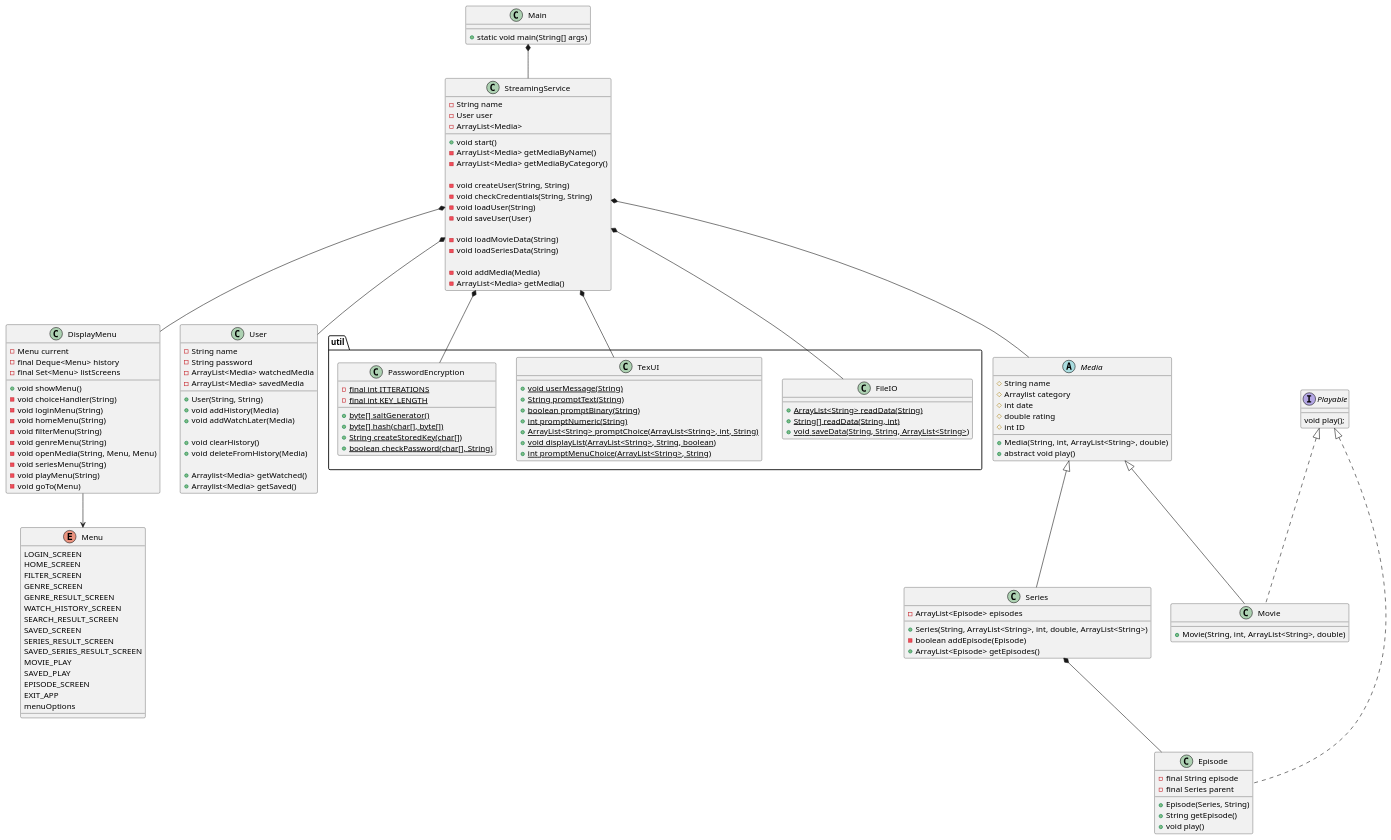
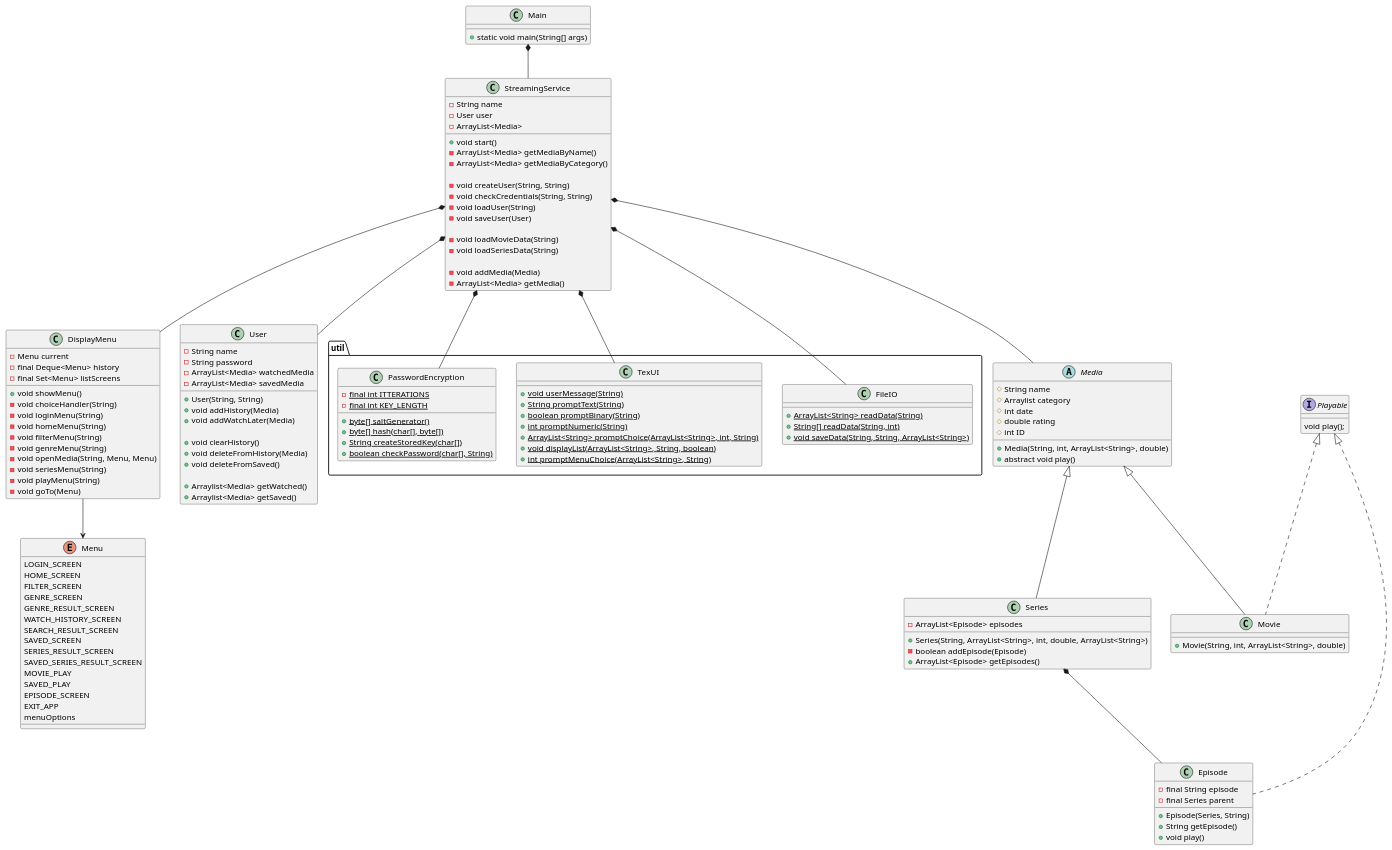
The diagram in doc/static/classDiagram.puml (Studiegruppe-B/SP3-Streamingtjeneste), drawn with PlantUML before and after one commit.

Commit message:
klassediagram deleteFromSaved()

```diff
--- a/doc/static/classDiagram.puml
+++ b/doc/static/classDiagram.puml
@@ -1,156 +1,157 @@
 @startuml
 class Main{
 + static void main(String[] args)
 
 }
 
 class StreamingService{
 - String name
 - User user
 - ArrayList<Media>
 + void start()
 - ArrayList<Media> getMediaByName()
 - ArrayList<Media> getMediaByCategory()
 
 - void createUser(String, String)
 - void checkCredentials(String, String)
 - void loadUser(String)
 - void saveUser(User)
 
 - void loadMovieData(String)
 - void loadSeriesData(String)
 
 - void addMedia(Media)
 - ArrayList<Media> getMedia()
 }
 
 
 
 
 abstract class Media{
 # String name
 # Arraylist category
 # int date
 # double rating
 # int ID
 + Media(String, int, ArrayList<String>, double)
 + abstract void play()
 
 }
 interface Playable {
 void play();
 }
 enum Menu{
 LOGIN_SCREEN
 HOME_SCREEN
 FILTER_SCREEN
 GENRE_SCREEN
 GENRE_RESULT_SCREEN
 WATCH_HISTORY_SCREEN
 SEARCH_RESULT_SCREEN
 SAVED_SCREEN
 SERIES_RESULT_SCREEN
 SAVED_SERIES_RESULT_SCREEN
 MOVIE_PLAY
 SAVED_PLAY
 EPISODE_SCREEN
 EXIT_APP
 menuOptions
 }
 
 class Episode implements Playable {
 - final String episode
 - final Series parent
 + Episode(Series, String)
 + String getEpisode()
 + void play()
 }
 
 class Movie implements Playable{
 + Movie(String, int, ArrayList<String>, double)
 }
 
 class Series {
 - ArrayList<Episode> episodes
 + Series(String, ArrayList<String>, int, double, ArrayList<String>)
 - boolean addEpisode(Episode)
 + ArrayList<Episode> getEpisodes()
 }
 
 class DisplayMenu{
 - Menu current
 - final Deque<Menu> history
 - final Set<Menu> listScreens
 + void showMenu()
 - void choiceHandler(String)
 - void loginMenu(String)
 - void homeMenu(String)
 - void filterMenu(String)
 - void genreMenu(String)
 - void openMedia(String, Menu, Menu)
 - void seriesMenu(String)
 - void playMenu(String)
 - void goTo(Menu)
 }
 
 
 class User{
 - String name
 - String password
 - ArrayList<Media> watchedMedia
 - ArrayList<Media> savedMedia
 + User(String, String)
 + void addHistory(Media)
 + void addWatchLater(Media)
 
 + void clearHistory()
 + void deleteFromHistory(Media)
++ void deleteFromSaved()
 
 + Arraylist<Media> getWatched()
 + Arraylist<Media> getSaved()
 }
 
 package "util"{
 class FileIO{
 + {static} ArrayList<String> readData(String)
 + {static} String[] readData(String, int)
 + {static} void saveData(String, String, ArrayList<String>)
 }
 
 class TexUI{
 + {static} void userMessage(String)
 + {static} String promptText(String)
 + {static} boolean promptBinary(String)
 + {static} int promptNumeric(String)
 + {static} ArrayList<String> promptChoice(ArrayList<String>, int, String)
 + {static} void displayList(ArrayList<String>, String, boolean)
 + {static} int promptMenuChoice(ArrayList<String>, String)
 
 }
 
 class PasswordEncryption{
 - {static} final int ITTERATIONS
 - {static} final int KEY_LENGTH
 + {static} byte[] saltGenerator()
 + {static} byte[] hash(char[], byte[])
 + {static} String createStoredKey(char[])
 + {static} boolean checkPassword(char[], String)
 }
 
 
 
 
 }
 
 Main *-- StreamingService
 StreamingService *-- Media
 StreamingService *-- FileIO
 StreamingService *-- TexUI
 StreamingService *-- User
 StreamingService *-- DisplayMenu
 Media <|-- Movie
 Media <|-- Series
 Series *-- Episode
 StreamingService *-- PasswordEncryption
 DisplayMenu --> Menu
 @enduml
```
